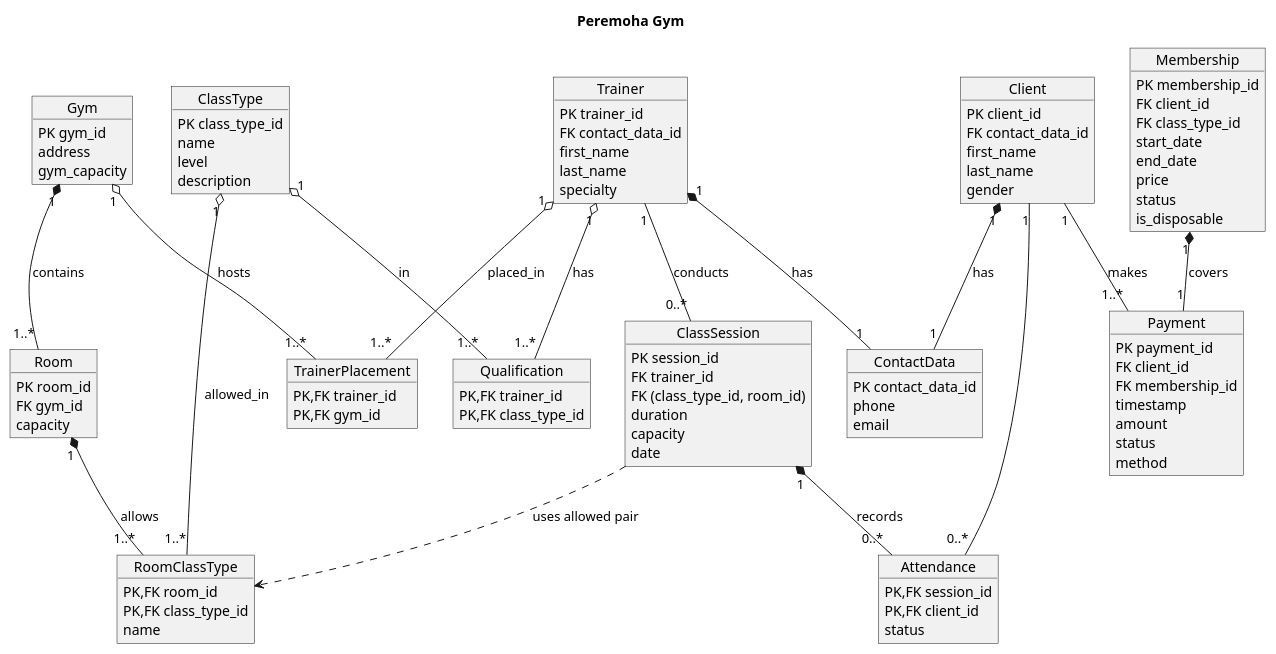
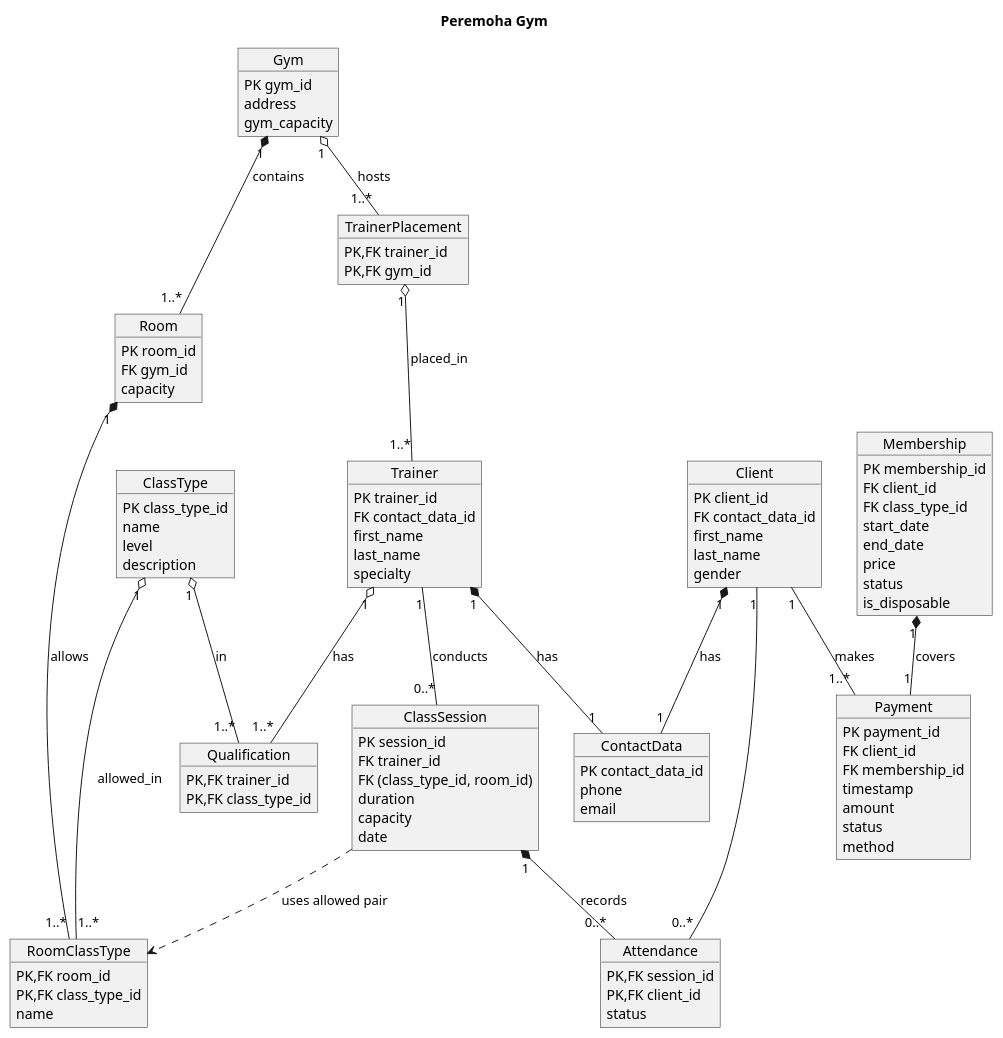
Before and after one commit to AnnKuts/PeremohaSports: the diagram in diagrams/plantuml/PlantUML.puml, drawn with PlantUML. The commit also changed 2 other files, not shown here.

Commit message:
fix: trainer & trainerplacement relationships & plantumldiagram

```diff
--- a/diagrams/plantuml/PlantUML.puml
+++ b/diagrams/plantuml/PlantUML.puml
@@ -1,126 +1,126 @@
 @startuml
 
 title Peremoha Gym
 
 object Client {
 PK client_id
 FK contact_data_id
 first_name
 last_name
 gender
 }
 
 object ContactData {
 PK contact_data_id
 phone
 email
 }
 
 object Membership {
 PK membership_id
 FK client_id
 FK class_type_id
 start_date
 end_date
 price
 status
 is_disposable
 }
 
 object Payment {
 PK payment_id
 FK client_id
 FK membership_id
 timestamp
 amount
 status
 method
 }
 
 object Trainer {
 PK trainer_id
 FK contact_data_id
 first_name
 last_name
 specialty
 }
 
 object TrainerPlacement {
 PK,FK trainer_id
 PK,FK gym_id
 }
 
 object Gym {
 PK gym_id
 address
 gym_capacity
 }
 
 object Qualification {
 PK,FK trainer_id
 PK,FK class_type_id
 }
 
 object Attendance {
 PK,FK session_id
 PK,FK client_id
 status
 }
 
 object ClassType {
 PK class_type_id
 name
 level
 description
 }
 
 object Room {
 PK room_id
 FK gym_id
 capacity
 }
 
 object RoomClassType {
 PK,FK room_id
 PK,FK class_type_id
 name
 }
 
 object ClassSession {
 PK session_id
 FK trainer_id
 FK (class_type_id, room_id)
 duration
 capacity
 date
 }
 
 Membership "1" *-- "1" Payment : covers
 
 Client "1" -- "1..*" Payment : makes
 
 Client "1" *-- "1" ContactData : has
 
 Trainer "1" *-- "1" ContactData : has
 
 Trainer "1" o-- "1..*" Qualification : has
 ClassType "1" o-- "1..*" Qualification : in
 
-Trainer "1" o-- "1..*" TrainerPlacement : placed_in
+TrainerPlacement "1" o-- "1..*" Trainer : placed_in
 
 Gym "1" o-- "1..*" TrainerPlacement : hosts
 
 ClassSession "1" *-- "0..*" Attendance : records
 
 Client "1" -- "0..*" Attendance
 
 Trainer "1" -- "0..*" ClassSession : conducts
 
 ClassSession ..> RoomClassType : uses allowed pair
 
 Gym "1" *-- "1..*" Room : contains
 
 Room "1" *-- "1..*" RoomClassType : allows
 ClassType "1" o-- "1..*" RoomClassType : allowed_in
 
 @enduml
```
